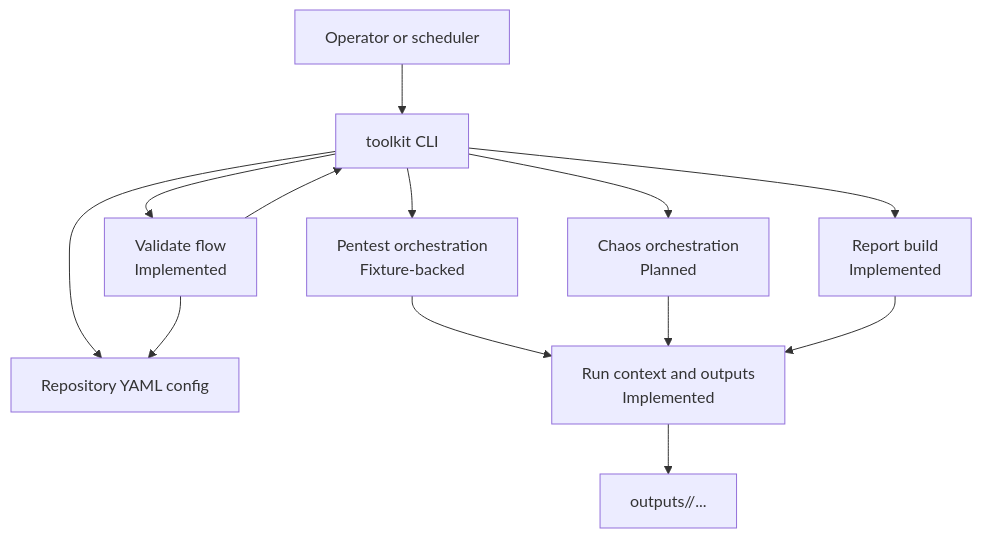
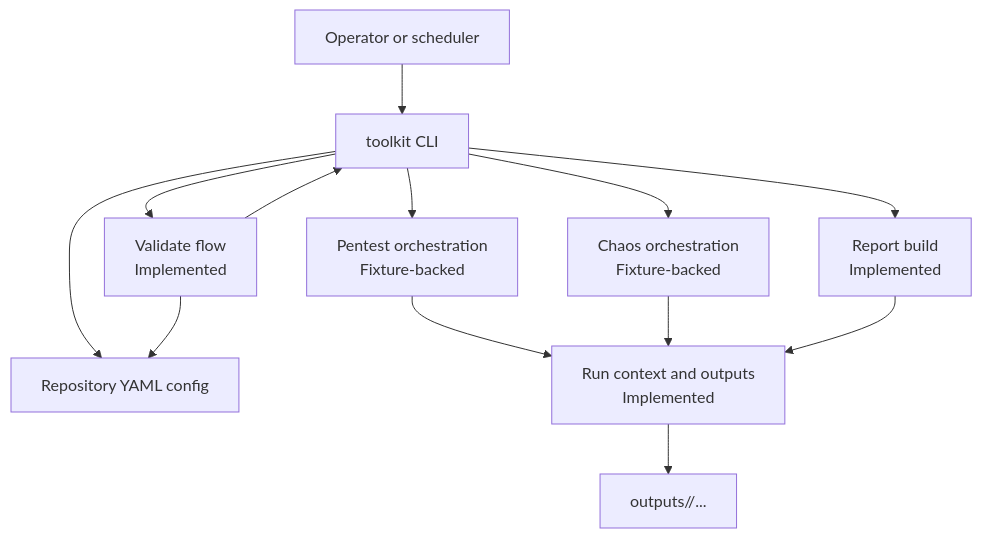
The first of 5 diagrams in docs/explanation/architecture.md (Sureinity/websec-chaos-toolkit), drawn with Mermaid before and after one commit. The commit also changed other lines of this file and 12 other files, not shown here.

First line of the commit message:
feat(chaos): wire CLI and align fixture-backed run docs

````diff
--- a/docs/explanation/architecture.md
+++ b/docs/explanation/architecture.md
@@ -42,25 +43,25 @@
 ```mermaid
 flowchart TD
     operator[Operator or scheduler]
     cli[toolkit CLI]
     config[Repository YAML config]
     validate[Validate flow<br/>Implemented]
     runctx[Run context and outputs<br/>Implemented]
     pentest[Pentest orchestration<br/>Fixture-backed]
-    chaos[Chaos orchestration<br/>Planned]
+    chaos[Chaos orchestration<br/>Fixture-backed]
     report[Report build<br/>Implemented]
     outputs[outputs/<run-id>/...]
 
     operator --> cli
     cli --> config
     cli --> validate
     validate --> config
     validate --> cli
     cli --> pentest
     cli --> chaos
     cli --> report
     pentest --> runctx
     chaos --> runctx
     report --> runctx
     runctx --> outputs
 ```
````
